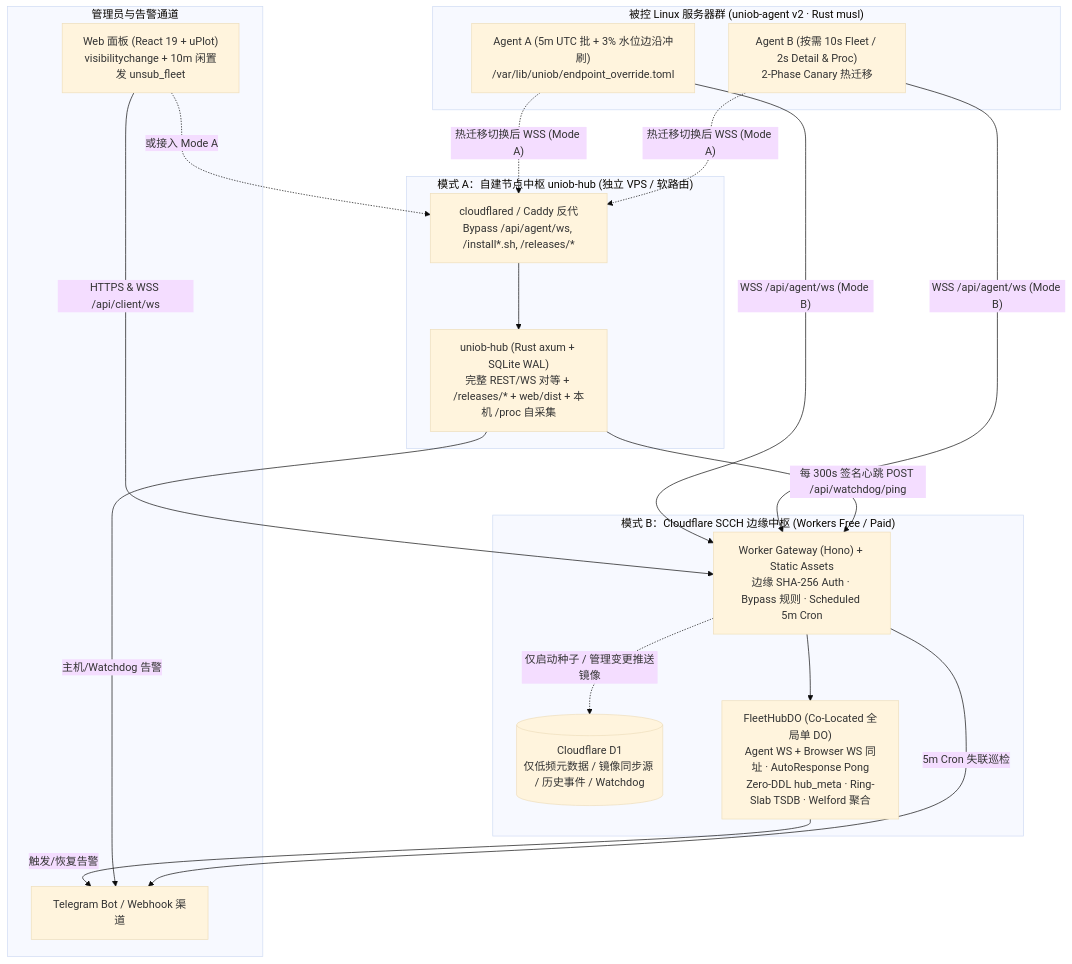
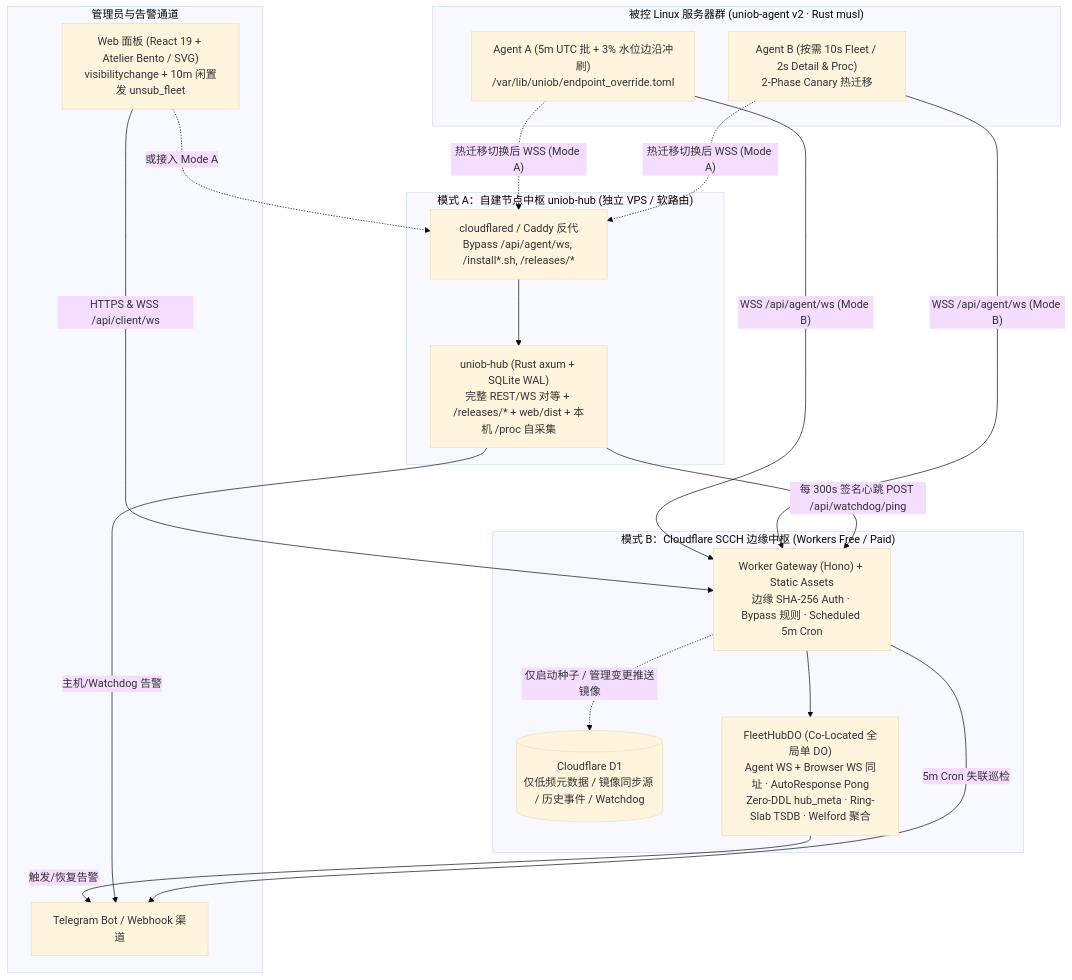
One commit to Cusnd/UniOB changed the first of 2 diagrams in docs/SPEC.md. Above: the diagram before and after it, drawn with Mermaid (base theme). The commit also changed other lines of this file and 9 other files, not shown here.

````diff
--- a/docs/SPEC.md
+++ b/docs/SPEC.md
@@ -36,33 +36,33 @@
 ```mermaid
 flowchart TB
     subgraph LinuxFleet["被控 Linux 服务器群 (uniob-agent v2 · Rust musl)"]
         AgentA["Agent A (5m UTC 批 + 3% 水位边沿冲刷)\n/var/lib/uniob/endpoint_override.toml"]
         AgentB["Agent B (按需 10s Fleet / 2s Detail & Proc)\n2-Phase Canary 热迁移"]
     end
 
     subgraph ModeB["模式 B：Cloudflare SCCH 边缘中枢 (Workers Free / Paid)"]
         WorkerB["Worker Gateway (Hono) + Static Assets\n边缘 SHA-256 Auth · Bypass 规则 · Scheduled 5m Cron"]
         D1[("Cloudflare D1\n仅低频元数据 / 镜像同步源 / 历史事件 / Watchdog")]
         HubDO["FleetHubDO (Co-Located 全局单 DO)\nAgent WS + Browser WS 同址 · AutoResponse Pong\nZero-DDL hub_meta · Ring-Slab TSDB · Welford 聚合"]
     end
 
     subgraph ModeA["模式 A：自建节点中枢 uniob-hub (独立 VPS / 软路由)"]
         Tunnel["cloudflared / Caddy 反代\nBypass /api/agent/ws, /install*.sh, /releases/*"]
         SelfHub["uniob-hub (Rust axum + SQLite WAL)\n完整 REST/WS 对等 + /releases/* + web/dist + 本机 /proc 自采集"]
     end
 
     subgraph Admin["管理员与告警通道"]
-        Browser["Web 面板 (React 19 + uPlot)\nvisibilitychange + 10m 闲置发 unsub_fleet"]
+        Browser["Web 面板 (React 19 + Atelier Bento / SVG)\nvisibilitychange + 10m 闲置发 unsub_fleet"]
         Alerts["Telegram Bot / Webhook 渠道"]
     end
 
     AgentA & AgentB -- "WSS /api/agent/ws (Mode B)" --> WorkerB --> HubDO
     WorkerB -. "仅启动种子 / 管理变更推送镜像" .-> D1
     AgentA & AgentB -. "热迁移切换后 WSS (Mode A)" .-> Tunnel --> SelfHub
     Browser -- "HTTPS & WSS /api/client/ws" --> WorkerB
     Browser -. "或接入 Mode A" .-> Tunnel
     SelfHub -- "每 300s 签名心跳 POST /api/watchdog/ping" --> WorkerB
     HubDO -- "触发/恢复告警" --> Alerts
     SelfHub -- "主机/Watchdog 告警" --> Alerts
     WorkerB -- "5m Cron 失联巡检" --> Alerts
 ```
````
